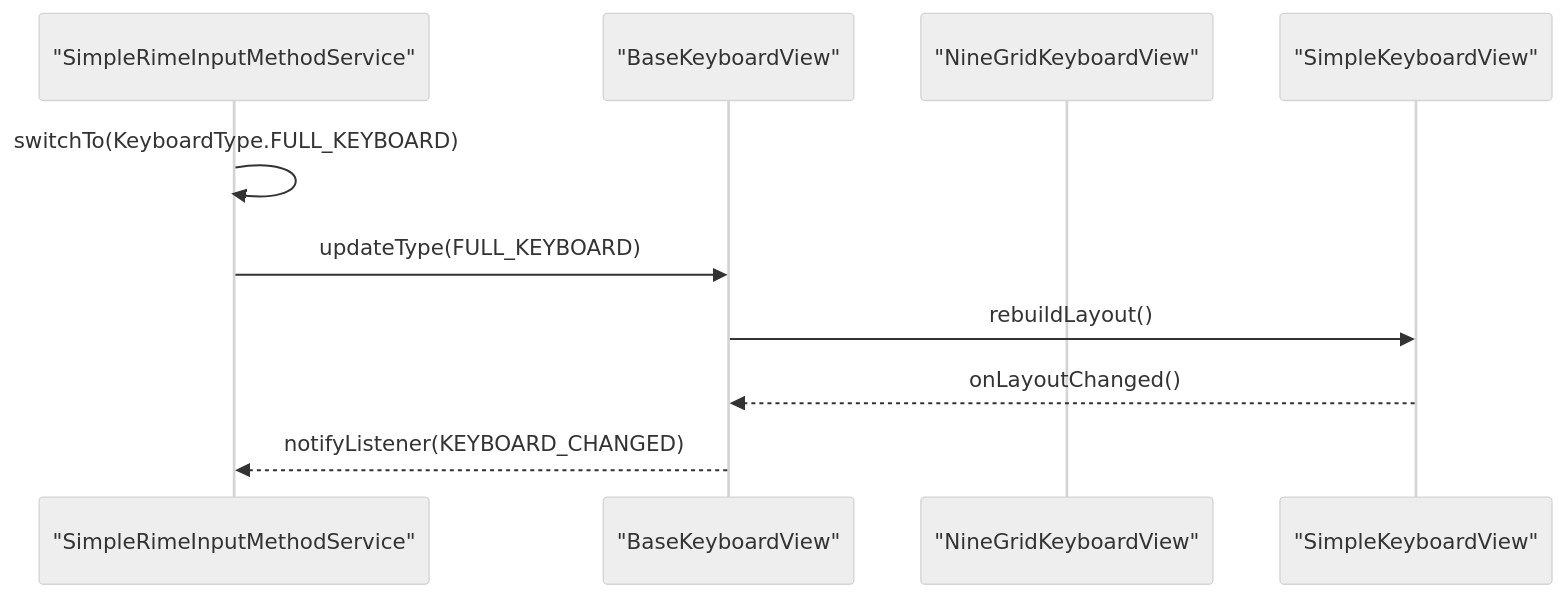
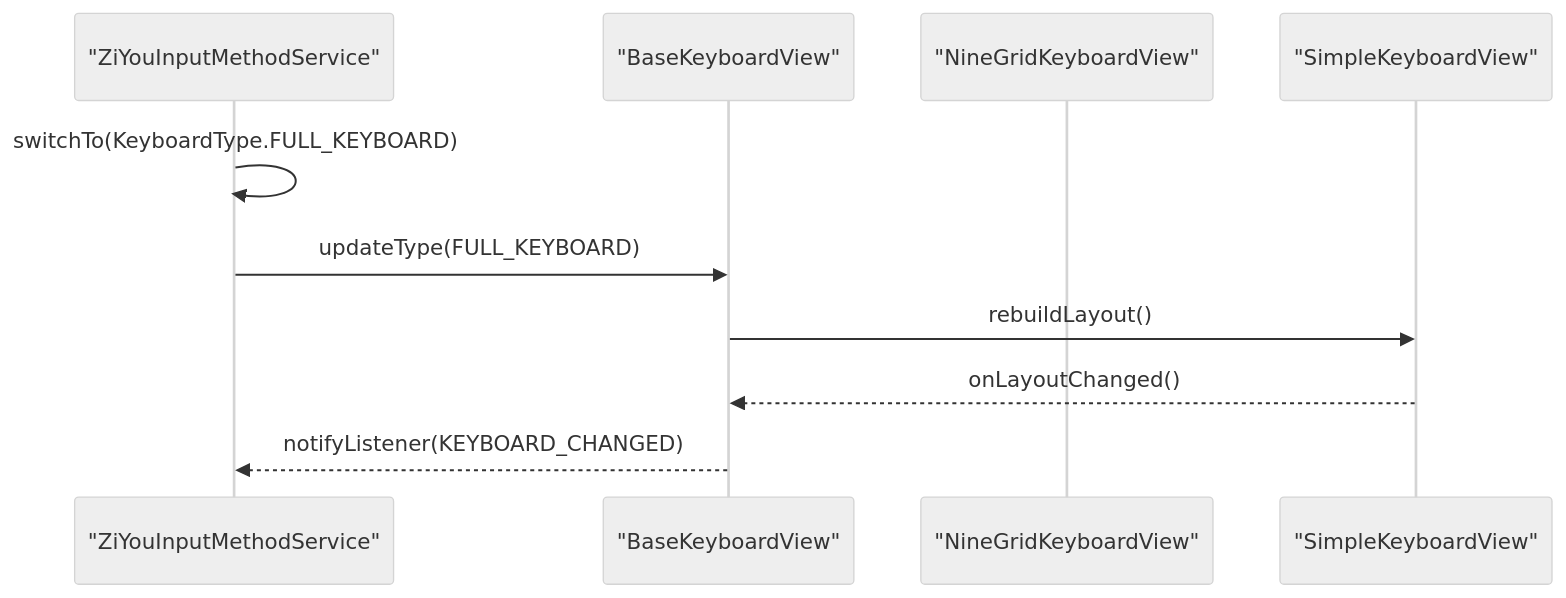
The seventh of 10 diagrams in .qoder/repowiki/zh/content/键盘实现/键盘实现.md (qiaodashaoye/ziyou-ime), drawn with Mermaid (neutral theme) before and after one commit. The commit also changed other lines of this file and 28 other files, not shown here.

````diff
--- a/.qoder/repowiki/zh/content/键盘实现/键盘实现.md
+++ b/.qoder/repowiki/zh/content/键盘实现/键盘实现.md
@@ -331,12 +366,12 @@
 ```mermaid
 sequenceDiagram
-participant S as "SimpleRimeInputMethodService"
+participant S as "ZiYouInputMethodService"
 participant BKV as "BaseKeyboardView"
 participant NGV as "NineGridKeyboardView"
 participant SKV as "SimpleKeyboardView"
 S->>S : switchTo(KeyboardType.FULL_KEYBOARD)
 S->>BKV : updateType(FULL_KEYBOARD)
 BKV->>SKV : rebuildLayout()
 SKV-->>BKV : onLayoutChanged()
 BKV-->>S : notifyListener(KEYBOARD_CHANGED)
 ```
````
